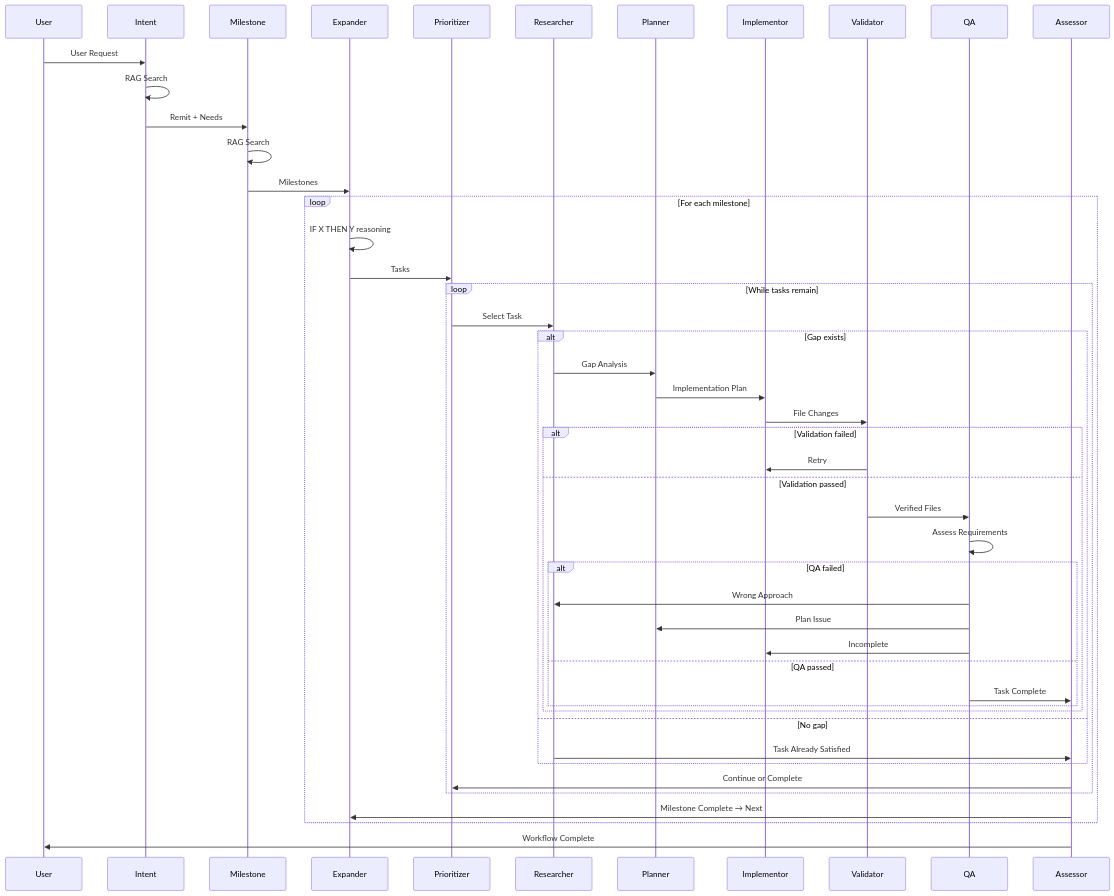
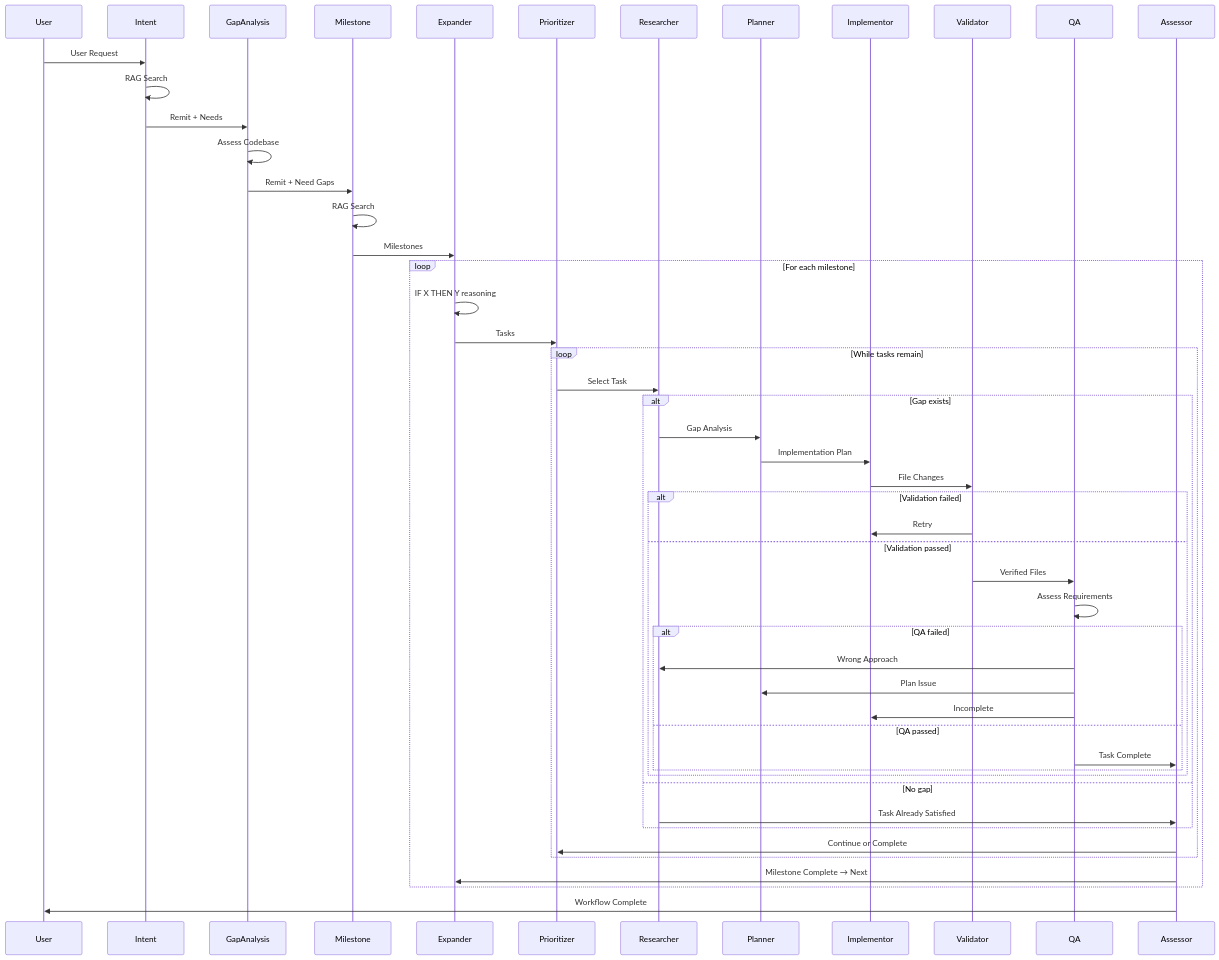
One commit to codyhamilton/lemmings changed the second of 2 diagrams in WORKFLOW_ARCHITECTURE.md. Above: the diagram before and after it, drawn with Mermaid. The commit also changed other lines of this file and 36 other files, not shown here.

First line of the commit message:
feat: add gap analysis agent, report agent, centralized logging, and e2e tests

````diff
--- a/WORKFLOW_ARCHITECTURE.md
+++ b/WORKFLOW_ARCHITECTURE.md
@@ -93,58 +132,61 @@
 ```mermaid
 sequenceDiagram
     participant User
     participant Intent
+    participant GapAnalysis
     participant Milestone
     participant Expander
     participant Prioritizer
     participant Researcher
     participant Planner
     participant Implementor
     participant Validator
     participant QA
     participant Assessor
     
     User->>Intent: User Request
     Intent->>Intent: RAG Search
-    Intent->>Milestone: Remit + Needs
+    Intent->>GapAnalysis: Remit + Needs
+    GapAnalysis->>GapAnalysis: Assess Codebase
+    GapAnalysis->>Milestone: Remit + Need Gaps
     Milestone->>Milestone: RAG Search
     Milestone->>Expander: Milestones
     
     loop For each milestone
         Expander->>Expander: IF X THEN Y reasoning
         Expander->>Prioritizer: Tasks
         
         loop While tasks remain
             Prioritizer->>Researcher: Select Task
             
             alt Gap exists
                 Researcher->>Planner: Gap Analysis
                 Planner->>Implementor: Implementation Plan
                 Implementor->>Validator: File Changes
                 
                 alt Validation failed
                     Validator->>Implementor: Retry
                 else Validation passed
                     Validator->>QA: Verified Files
                     QA->>QA: Assess Requirements
                     
                     alt QA failed
                         QA->>Researcher: Wrong Approach
                         QA->>Planner: Plan Issue
                         QA->>Implementor: Incomplete
                     else QA passed
                         QA->>Assessor: Task Complete
                     end
                 end
             else No gap
                 Researcher->>Assessor: Task Already Satisfied
             end
             
             Assessor->>Prioritizer: Continue or Complete
         end
         
         Assessor->>Expander: Milestone Complete → Next
     end
     
     Assessor->>User: Workflow Complete
 ```
````
